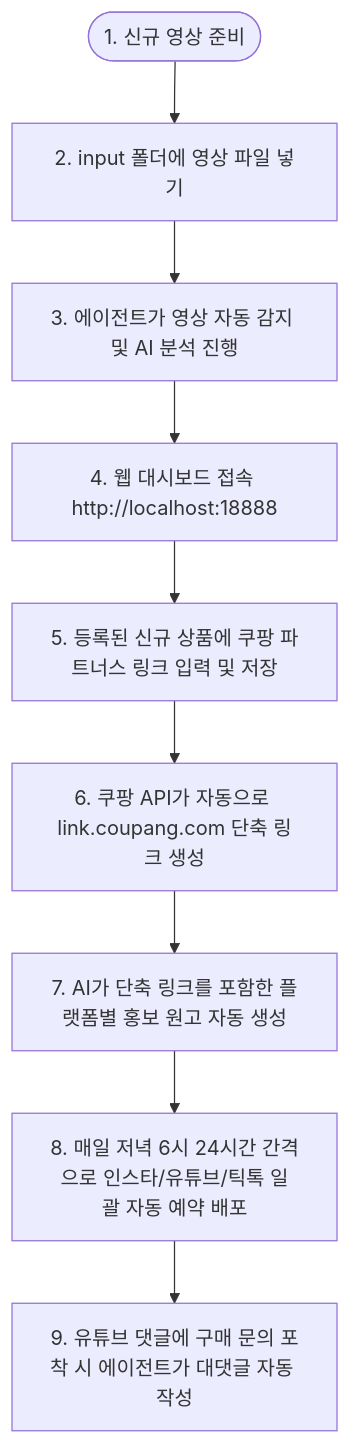
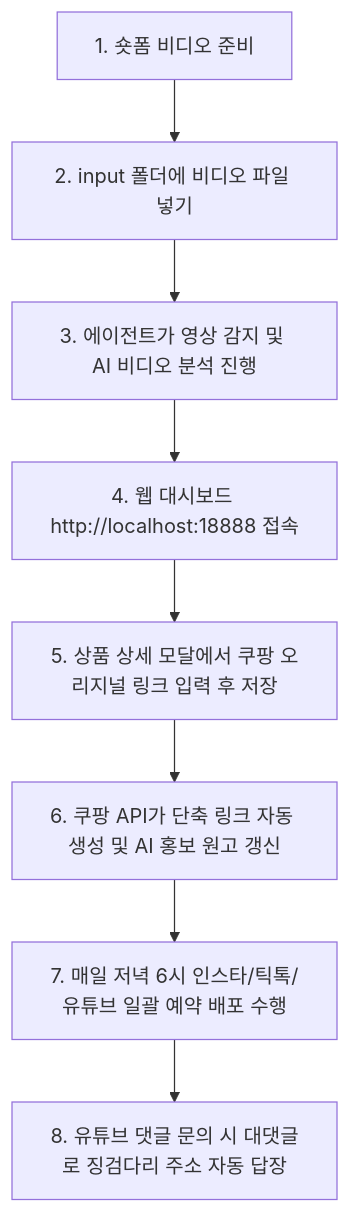
Before and after one commit to WisdomMax/auto-upload-video: the diagram in start.md, drawn with Mermaid. The commit also changed other lines of this file, not shown here.

Commit message:
docs: simplify start.md daily guide to checklist and flowchart

````diff
--- a/start.md
+++ b/start.md
@@ -68,11 +7,10 @@
 ```mermaid
 graph TD
-    Start([1. 신규 영상 준비]) --> Input[2. input 폴더에 영상 파일 넣기]
-    Input --> AIScan[3. 에이전트가 영상 자동 감지 및 AI 분석 진행]
-    AIScan --> Dashboard[4. 웹 대시보드 접속 http://localhost:18888]
-    Dashboard --> LinkInput[5. 등록된 신규 상품에 쿠팡 파트너스 링크 입력 및 저장]
-    LinkInput --> AutoShort[6. 쿠팡 API가 자동으로 link.coupang.com 단축 링크 생성]
-    AutoShort --> AICaption[7. AI가 단축 링크를 포함한 플랫폼별 홍보 원고 자동 생성]
-    AICaption --> BufferSchedule[8. 매일 저녁 6시 24시간 간격으로 인스타/유튜브/틱톡 일괄 자동 예약 배포]
-    BufferSchedule --> ReplyComment[9. 유튜브 댓글에 구매 문의 포착 시 에이전트가 대댓글 자동 작성]
+    A[1. 숏폼 비디오 준비] --> B[2. input 폴더에 비디오 파일 넣기]
+    B --> C[3. 에이전트가 영상 감지 및 AI 비디오 분석 진행]
+    C --> D[4. 웹 대시보드 http://localhost:18888 접속]
+    D --> E[5. 상품 상세 모달에서 쿠팡 오리지널 링크 입력 후 저장]
+    E --> F[6. 쿠팡 API가 단축 링크 자동 생성 및 AI 홍보 원고 갱신]
+    F --> G[7. 매일 저녁 6시 인스타/틱톡/유튜브 일괄 예약 배포 수행]
+    G --> H[8. 유튜브 댓글 문의 시 대댓글로 징검다리 주소 자동 답장]
 ```
````
